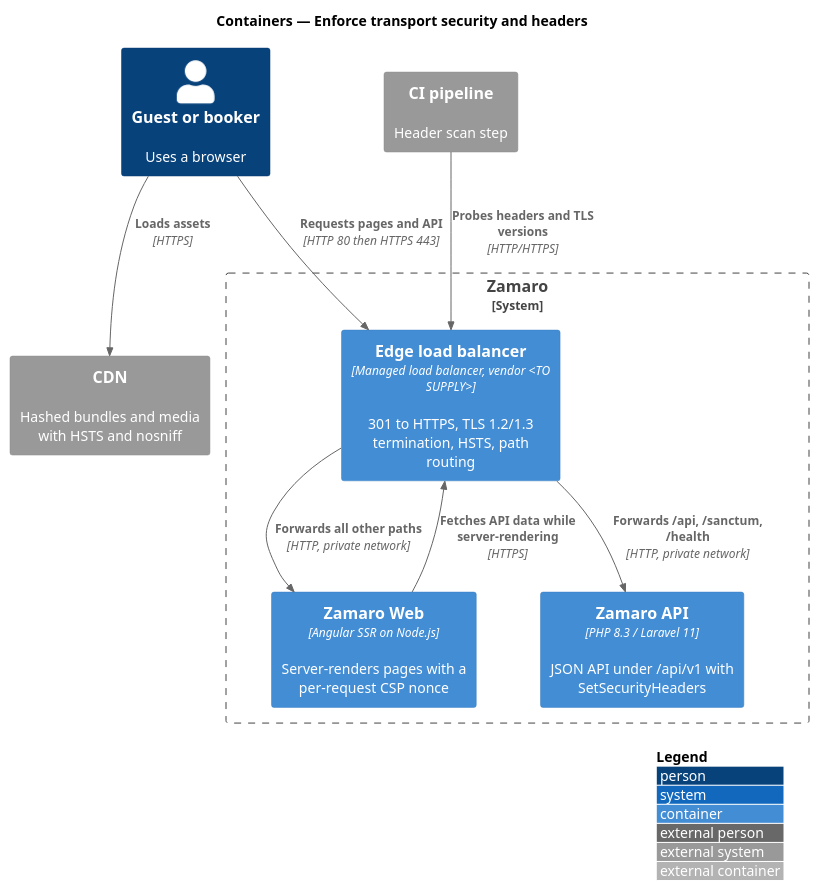
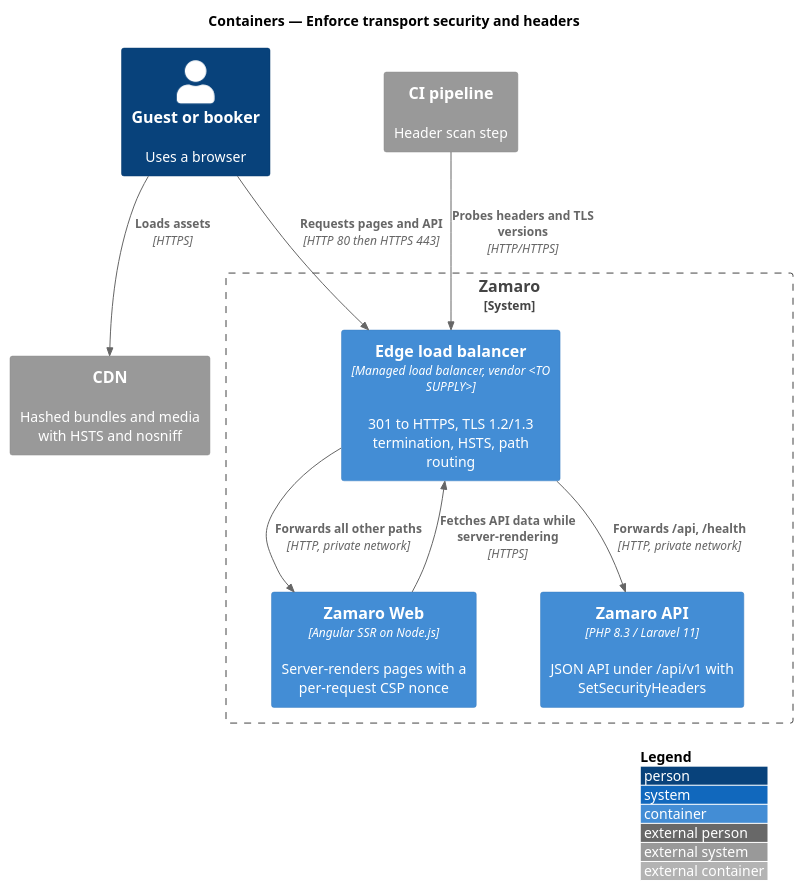
The diagram in docs/detailed-designs/security/enforce-transport-and-headers/diagrams/c4-container.puml (QuinntyneBrown/zamaro), drawn with PlantUML before and after one commit. The commit also changed 20 other files, not shown here.

```diff
--- a/docs/detailed-designs/security/enforce-transport-and-headers/diagrams/c4-container.puml
+++ b/docs/detailed-designs/security/enforce-transport-and-headers/diagrams/c4-container.puml
@@ -1,20 +1,20 @@
 @startuml
 !include <C4/C4_Container>
 LAYOUT_WITH_LEGEND()
 title Containers — Enforce transport security and headers
 
 Person(guest, "Guest or booker", "Uses a browser")
 System_Ext(cdn, "CDN", "Hashed bundles and media with HSTS and nosniff")
 System_Ext(ci, "CI pipeline", "Header scan step")
 System_Boundary(zamaro, "Zamaro") {
   Container(edge, "Edge load balancer", "Managed load balancer, vendor <TO SUPPLY>", "301 to HTTPS, TLS 1.2/1.3 termination, HSTS, path routing")
   Container(web, "Zamaro Web", "Angular SSR on Node.js", "Server-renders pages with a per-request CSP nonce")
   Container(api, "Zamaro API", "PHP 8.3 / Laravel 11", "JSON API under /api/v1 with SetSecurityHeaders")
 }
 Rel(guest, edge, "Requests pages and API", "HTTP 80 then HTTPS 443")
 Rel(guest, cdn, "Loads assets", "HTTPS")
 Rel(edge, web, "Forwards all other paths", "HTTP, private network")
-Rel(edge, api, "Forwards /api, /sanctum, /health", "HTTP, private network")
+Rel(edge, api, "Forwards /api, /health", "HTTP, private network")
 Rel(web, edge, "Fetches API data while server-rendering", "HTTPS")
 Rel(ci, edge, "Probes headers and TLS versions", "HTTP/HTTPS")
 @enduml
```
